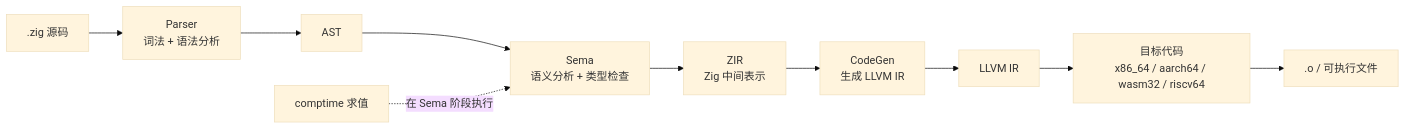
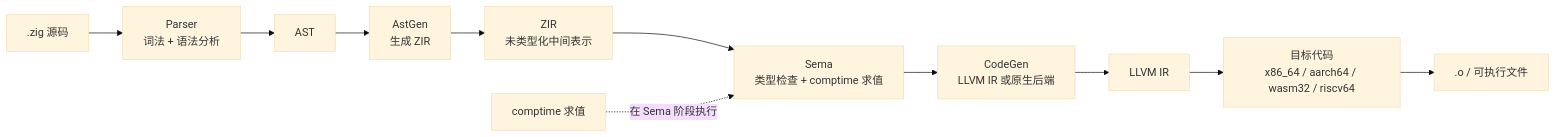
The second of 2 diagrams in content/posts/tech/zig-programming-language-guide.md (A1pha3/text-matrix), drawn with Mermaid (base theme) before and after one commit. The commit also changed other lines of this file and 56 other files, not shown here.

````diff
--- a/content/posts/tech/zig-programming-language-guide.md
+++ b/content/posts/tech/zig-programming-language-guide.md
@@ -92,13 +91,14 @@
 ```mermaid
 graph LR
     S[".zig 源码"] --> P["Parser<br/>词法 + 语法分析"]
     P --> A["AST"]
-    A --> SM["Sema<br/>语义分析 + 类型检查"]
-    SM --> Z["ZIR<br/>Zig 中间表示"]
-    Z --> CG["CodeGen<br/>生成 LLVM IR"]
+    A --> AG["AstGen<br/>生成 ZIR"]
+    AG --> Z["ZIR<br/>未类型化中间表示"]
+    Z --> SM["Sema<br/>类型检查 + comptime 求值"]
+    SM --> CG["CodeGen<br/>LLVM IR 或原生后端"]
     CG --> L["LLVM IR"]
     L --> O["目标代码<br/>x86_64 / aarch64 / wasm32 / riscv64"]
     O --> F[".o / 可执行文件"]
 
     CT["comptime 求值"] -.->|"在 Sema 阶段执行"| SM
 ```
````
